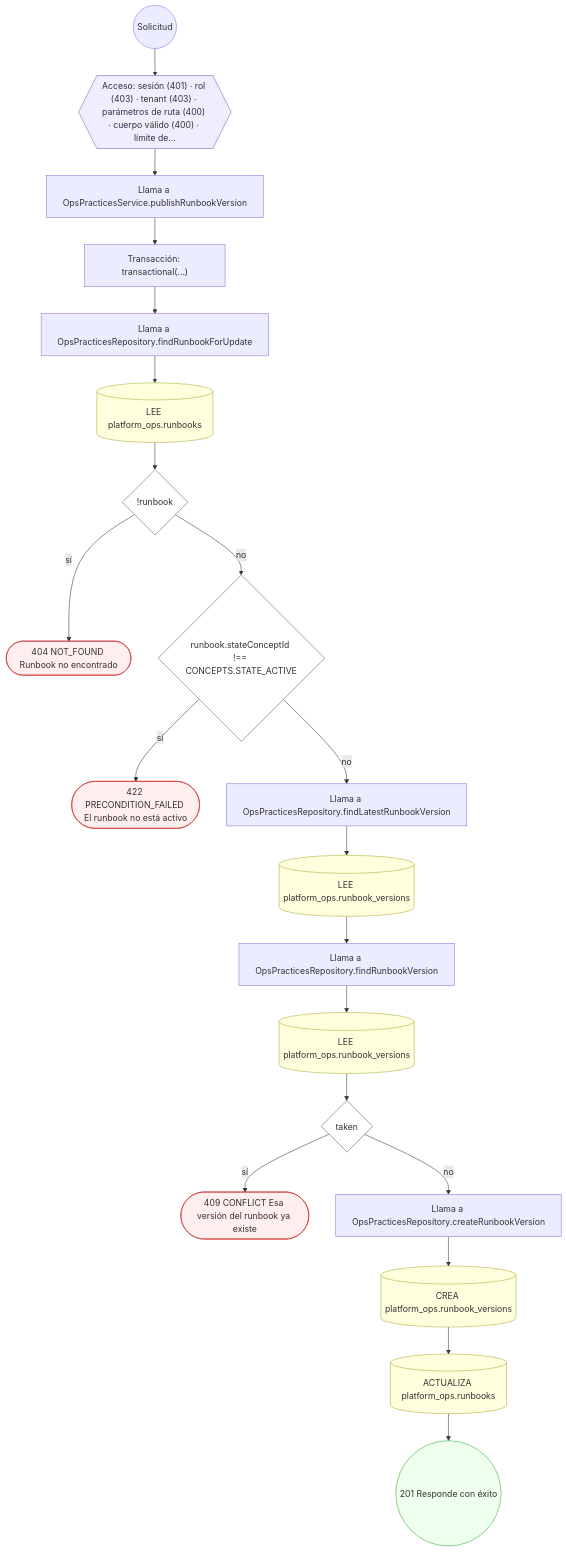
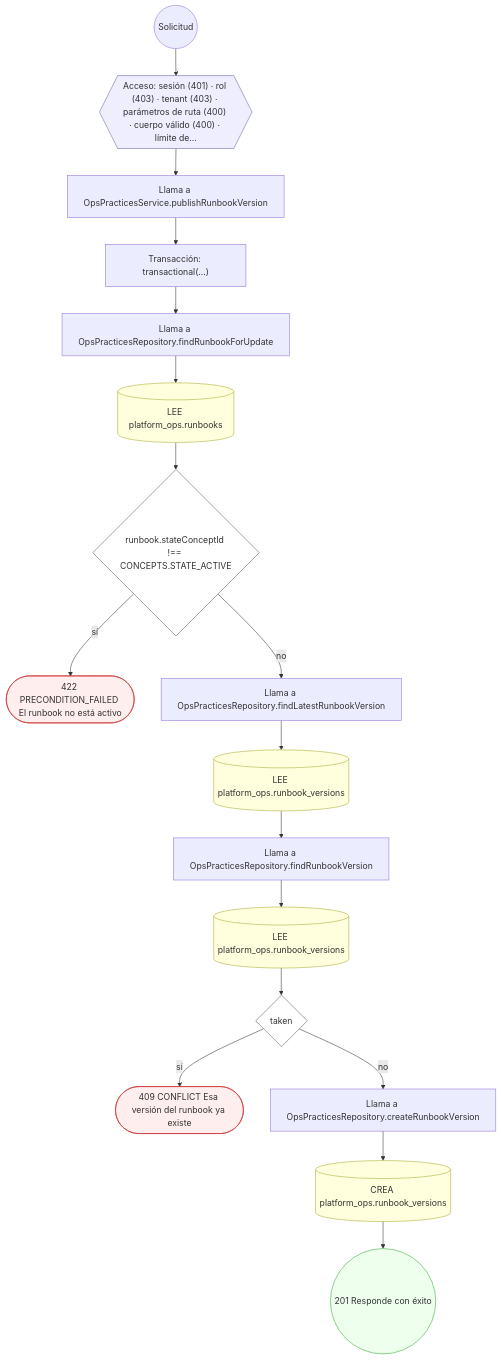
One commit to mdavila-2001/mantra-core-health-api changed diagram 15 of 16 in docs/inventario/flujos/platform_ops.md. Above: the diagram before and after it, drawn with Mermaid. The commit also changed other lines of this file and 438 other files, not shown here.

````diff
--- a/docs/inventario/flujos/platform_ops.md
+++ b/docs/inventario/flujos/platform_ops.md
@@ -1349,48 +1309,42 @@
 ```mermaid
 flowchart TD
   n1(("Solicitud")):::inicio
   n2{{"Acceso: sesión (401) · rol (403) · tenant (403) · parámetros de ruta (400) · cuerpo válido (400) · límite de…"}}:::acceso
   n1 --> n2
   n3["Llama a OpsPracticesService.publishRunbookVersion"]:::llamada
   n2 --> n3
   n4["Transacción: transactional(…)"]:::transaccion
   n3 --> n4
   n5["Llama a OpsPracticesRepository.findRunbookForUpdate"]:::llamada
   n4 --> n5
   n6[("LEE platform_ops.runbooks")]:::efecto
   n5 --> n6
-  n7{"!runbook"}:::decision
+  n7{"runbook.stateConceptId !== CONCEPTS.STATE_ACTIVE"}:::decision
   n6 --> n7
-  n8(["404 NOT_FOUND Runbook no encontrado"]):::error
+  n8(["422 PRECONDITION_FAILED El runbook no está activo"]):::error
   n7 -->|"sí"| n8
-  n9{"runbook.stateConceptId !== CONCEPTS.STATE_ACTIVE"}:::decision
+  n9["Llama a OpsPracticesRepository.findLatestRunbookVersion"]:::llamada
   n7 -->|"no"| n9
-  n10(["422 PRECONDITION_FAILED El runbook no está activo"]):::error
-  n9 -->|"sí"| n10
-  n11["Llama a OpsPracticesRepository.findLatestRunbookVersion"]:::llamada
-  n9 -->|"no"| n11
+  n10[("LEE platform_ops.runbook_versions")]:::efecto
+  n9 --> n10
+  n11["Llama a OpsPracticesRepository.findRunbookVersion"]:::llamada
+  n10 --> n11
   n12[("LEE platform_ops.runbook_versions")]:::efecto
   n11 --> n12
-  n13["Llama a OpsPracticesRepository.findRunbookVersion"]:::llamada
+  n13{"taken"}:::decision
   n12 --> n13
-  n14[("LEE platform_ops.runbook_versions")]:::efecto
-  n13 --> n14
-  n15{"taken"}:::decision
-  n14 --> n15
-  n16(["409 CONFLICT Esa versión del runbook ya existe"]):::error
-  n15 -->|"sí"| n16
-  n17["Llama a OpsPracticesRepository.createRunbookVersion"]:::llamada
-  n15 -->|"no"| n17
-  n18[("CREA platform_ops.runbook_versions")]:::efecto
-  n17 --> n18
-  n19[("ACTUALIZA platform_ops.runbooks")]:::efecto
-  n18 --> n19
-  n20(("201 Responde con éxito")):::ok
-  n19 --> n20
+  n14(["409 CONFLICT Esa versión del runbook ya existe"]):::error
+  n13 -->|"sí"| n14
+  n15["Llama a OpsPracticesRepository.createRunbookVersion"]:::llamada
+  n13 -->|"no"| n15
+  n16[("CREA platform_ops.runbook_versions")]:::efecto
+  n15 --> n16
+  n17(("201 Responde con éxito")):::ok
+  n16 --> n17
   classDef acceso fill:#eef,stroke:#66a
   classDef error fill:#fee,stroke:#c33
   classDef ok fill:#efe,stroke:#3a3
   classDef efecto fill:#ffd,stroke:#aa3
   classDef decision fill:#fff,stroke:#555
   classDef corte fill:#eee,stroke:#999,stroke-dasharray: 4
 ```
````
